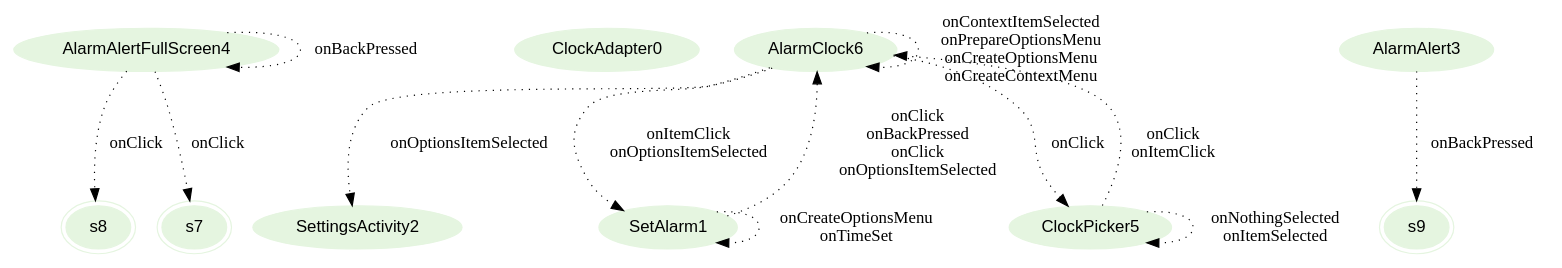
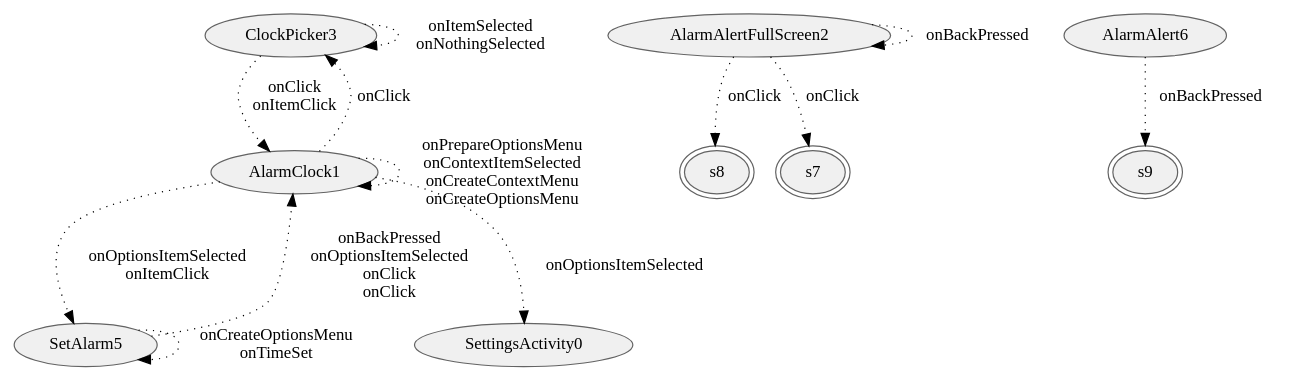
Before and after one commit to hans89/astparser: the diagram in graphviz/AlarmClock.gv, drawn with Graphviz. The commit also changed 27 other files, not shown here.

```diff
--- a/graphviz/AlarmClock.gv
+++ b/graphviz/AlarmClock.gv
@@ -1,36 +1,35 @@
 digraph {
 fontname="Helvetica";
-node[style=filled, fontname="Helvetica", colorscheme=greens3, color=1];
-AlarmAlertFullScreen4;
-ClockAdapter0;
+node[style="filled,solid", colorscheme=greys3, fillcolor=1, color=3];
+ClockPicker3;
+AlarmClock1;
+AlarmAlertFullScreen2;
 s8[peripheries=2];
-AlarmClock6;
-AlarmAlert3;
-SettingsActivity2;
+SetAlarm5;
+SettingsActivity0;
 s9[peripheries=2];
-SetAlarm1;
+AlarmAlert6;
 s7[peripheries=2];
-ClockPicker5;
-AlarmAlertFullScreen4 -> AlarmAlertFullScreen4[label="onBackPressed",style=dotted];
-AlarmAlertFullScreen4 -> s8[label="onClick",style=dotted];
-AlarmAlertFullScreen4 -> s7[label="onClick",style=dotted];
-AlarmAlert3 -> s9[label="onBackPressed",style=dotted];
-AlarmClock6 -> SettingsActivity2[label="onOptionsItemSelected",style=dotted];
-AlarmClock6 -> AlarmClock6[label="onContextItemSelected
-onPrepareOptionsMenu
-onCreateOptionsMenu
-onCreateContextMenu",style=dotted];
-AlarmClock6 -> SetAlarm1[label="onItemClick
-onOptionsItemSelected",style=dotted];
-AlarmClock6 -> ClockPicker5[label="onClick",style=dotted];
-SetAlarm1 -> AlarmClock6[label="onClick
-onBackPressed
+ClockPicker3 -> AlarmClock1[label="onClick
+onItemClick",style=dotted];
+ClockPicker3 -> ClockPicker3[label="onItemSelected
+onNothingSelected",style=dotted];
+AlarmClock1 -> AlarmClock1[label="onPrepareOptionsMenu
+onContextItemSelected
+onCreateContextMenu
+onCreateOptionsMenu",style=dotted];
+AlarmClock1 -> ClockPicker3[label="onClick",style=dotted];
+AlarmClock1 -> SetAlarm5[label="onOptionsItemSelected
+onItemClick",style=dotted];
+AlarmClock1 -> SettingsActivity0[label="onOptionsItemSelected",style=dotted];
+AlarmAlertFullScreen2 -> AlarmAlertFullScreen2[label="onBackPressed",style=dotted];
+AlarmAlertFullScreen2 -> s8[label="onClick",style=dotted];
+AlarmAlertFullScreen2 -> s7[label="onClick",style=dotted];
+SetAlarm5 -> AlarmClock1[label="onBackPressed
+onOptionsItemSelected
 onClick
-onOptionsItemSelected",style=dotted];
-SetAlarm1 -> SetAlarm1[label="onCreateOptionsMenu
+onClick",style=dotted];
+SetAlarm5 -> SetAlarm5[label="onCreateOptionsMenu
 onTimeSet",style=dotted];
-ClockPicker5 -> AlarmClock6[label="onClick
-onItemClick",style=dotted];
-ClockPicker5 -> ClockPicker5[label="onNothingSelected
-onItemSelected",style=dotted];
+AlarmAlert6 -> s9[label="onBackPressed",style=dotted];
 }
```
